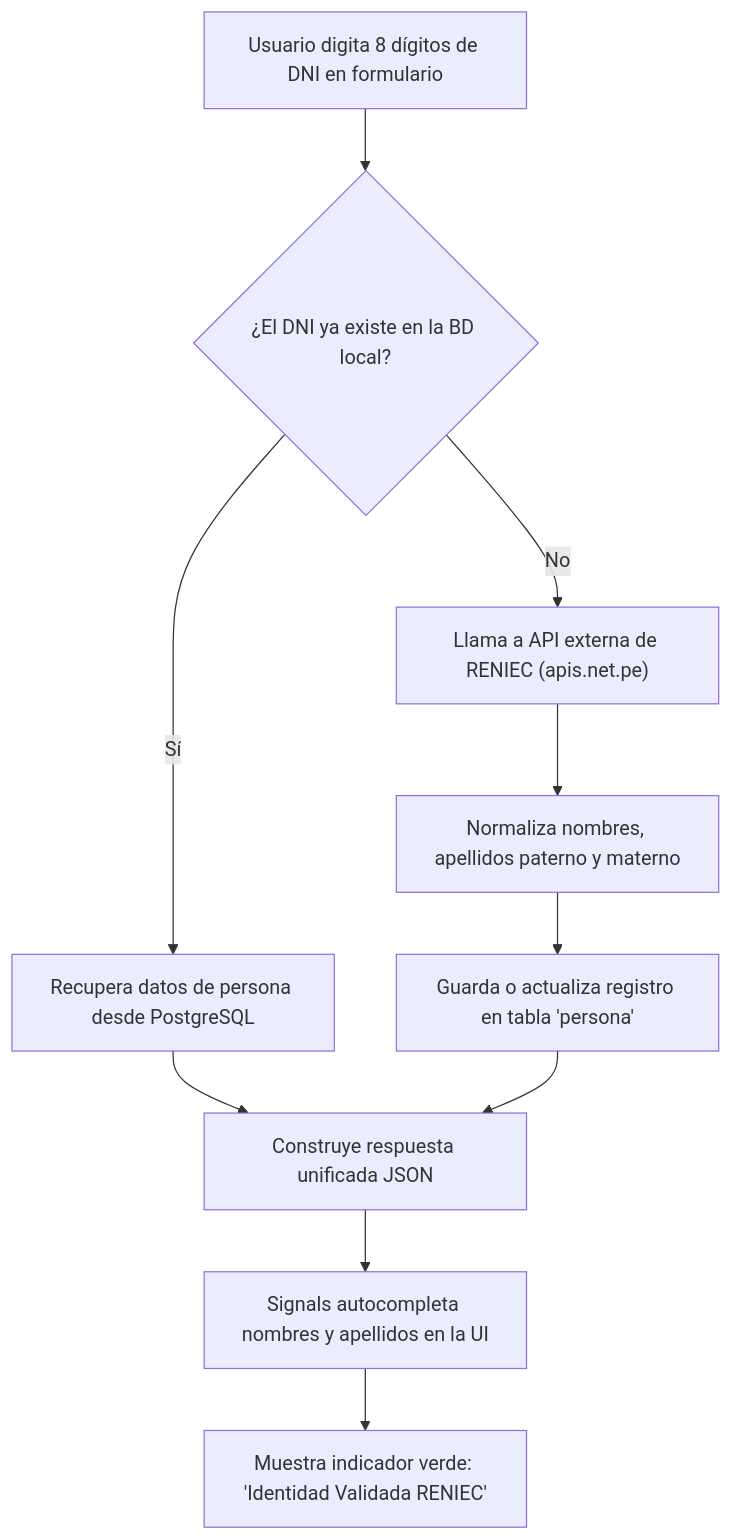
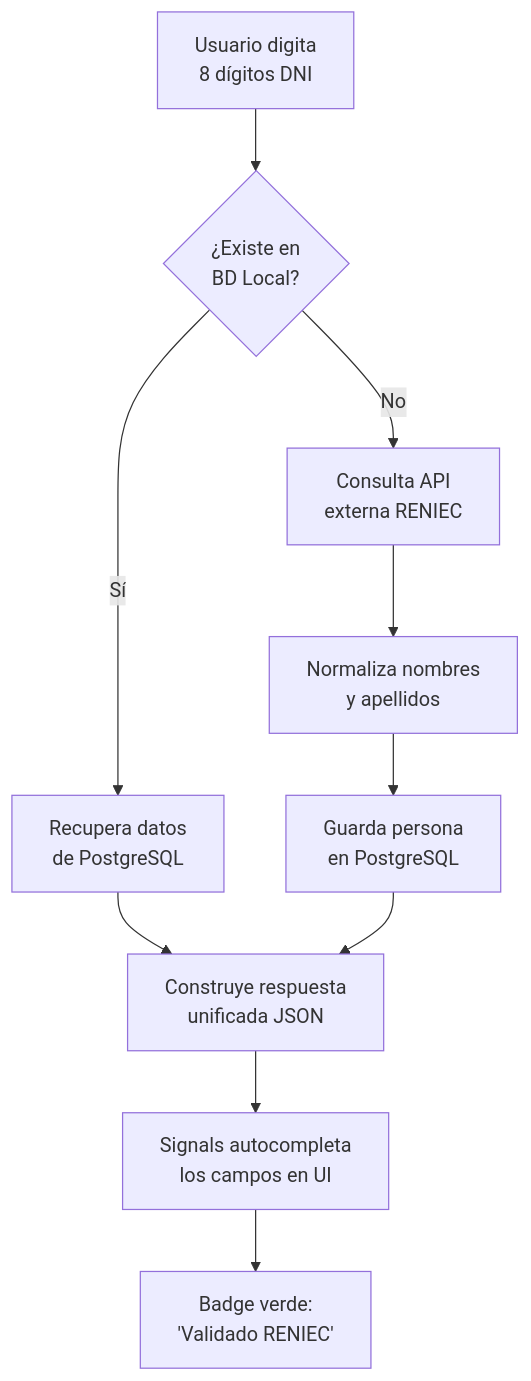
Before and after one commit to MrCarlos17A/TechZone: the sixth of 9 diagrams in README.md, drawn with Mermaid. The commit also changed other lines of this file, not shown here.

Commit message:
docs: solucion de diagramas README

````diff
--- a/README.md
+++ b/README.md
@@ -308,16 +307,16 @@
 ```mermaid
 flowchart TD
-    INPUT["Usuario digita 8 dígitos de DNI en formulario"] --> CHECK_CACHE{"¿El DNI ya existe en la BD local?"}
+    INPUT["Usuario digita<br/>8 dígitos DNI"] --> CHECK_CACHE{"¿Existe en<br/>BD Local?"}
     
-    CHECK_CACHE -- Sí --> FROM_DB["Recupera datos de persona desde PostgreSQL"]
-    CHECK_CACHE -- No --> CALL_RENIEC["Llama a API externa de RENIEC (apis.net.pe)"]
+    CHECK_CACHE -- Sí --> FROM_DB["Recupera datos<br/>de PostgreSQL"]
+    CHECK_CACHE -- No --> CALL_RENIEC["Consulta API<br/>externa RENIEC"]
     
-    CALL_RENIEC --> NORMALIZE["Normaliza nombres, apellidos paterno y materno"]
-    NORMALIZE --> SAVE_CACHE["Guarda o actualiza registro en tabla 'persona'"]
+    CALL_RENIEC --> NORMALIZE["Normaliza nombres<br/>y apellidos"]
+    NORMALIZE --> SAVE_CACHE["Guarda persona<br/>en PostgreSQL"]
     
-    FROM_DB --> DTO["Construye respuesta unificada JSON"]
+    FROM_DB --> DTO["Construye respuesta<br/>unificada JSON"]
     SAVE_CACHE --> DTO
     
-    DTO --> AUTOFILL["Signals autocompleta nombres y apellidos en la UI"]
-    AUTOFILL --> BADGE["Muestra indicador verde: 'Identidad Validada RENIEC'"]
+    DTO --> AUTOFILL["Signals autocompleta<br/>los campos en UI"]
+    AUTOFILL --> BADGE["Badge verde:<br/>'Validado RENIEC'"]
 ```
````
